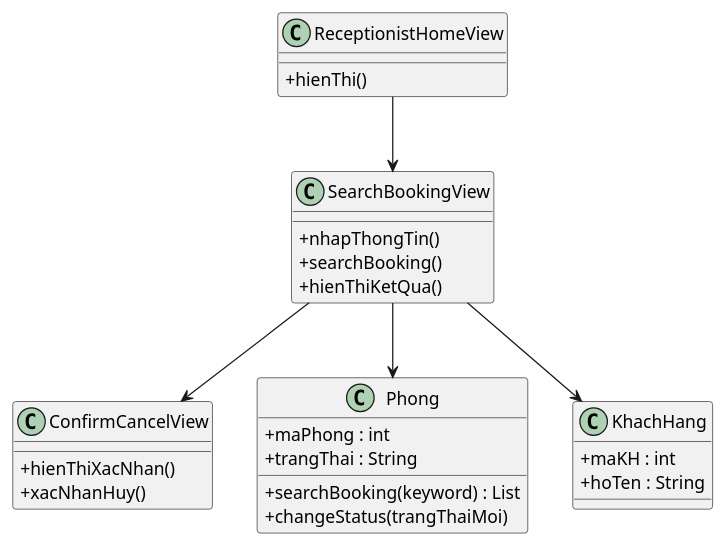
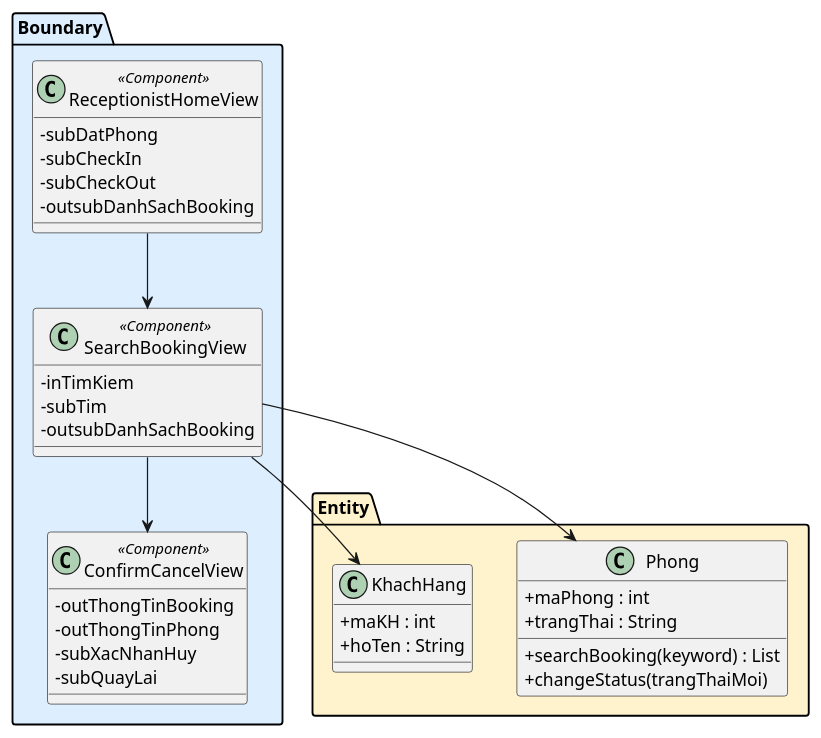
One commit to thanhtrnnn/cnpm changed the second of 8 diagrams in docs/tabs/section-booking-ii.3-2.4.md. Above: the diagram before and after it, drawn with PlantUML. The commit also changed other lines of this file and 5 other files, not shown here.

First line of the commit message:
fix: BCE analysis diagrams - Boundary classes have attributes only, Entity classes keep methods

````diff
--- a/docs/tabs/section-booking-ii.3-2.4.md
+++ b/docs/tabs/section-booking-ii.3-2.4.md
@@ -91,37 +102,46 @@
 ```plantuml
 @startuml
 skinparam classAttributeIconSize 0
 
-class ReceptionistHomeView {
-  +hienThi()
+package "Boundary" #DDEEFF {
+  class ReceptionistHomeView <<Component>> {
+    -subDatPhong
+    -subCheckIn
+    -subCheckOut
+    -outsubDanhSachBooking
+  }
+
+  class SearchBookingView <<Component>> {
+    -inTimKiem
+    -subTim
+    -outsubDanhSachBooking
+  }
+
+  class ConfirmCancelView <<Component>> {
+    -outThongTinBooking
+    -outThongTinPhong
+    -subXacNhanHuy
+    -subQuayLai
+  }
 }
 
-class SearchBookingView {
-  +nhapThongTin()
-  +searchBooking()
-  +hienThiKetQua()
-}
+package "Entity" #FFF3CD {
+  class Phong {
+    +maPhong : int
+    +trangThai : String
+    +searchBooking(keyword) : List
+    +changeStatus(trangThaiMoi)
+  }
 
-class ConfirmCancelView {
-  +hienThiXacNhan()
-  +xacNhanHuy()
-}
-
-class Phong {
-  +maPhong : int
-  +trangThai : String
-  +searchBooking(keyword) : List
-  +changeStatus(trangThaiMoi)
-}
-
-class KhachHang {
-  +maKH : int
-  +hoTen : String
+  class KhachHang {
+    +maKH : int
+    +hoTen : String
+  }
 }
 
 ReceptionistHomeView --> SearchBookingView
 SearchBookingView --> ConfirmCancelView
 SearchBookingView --> Phong
 SearchBookingView --> KhachHang
 @enduml
 ```
````
